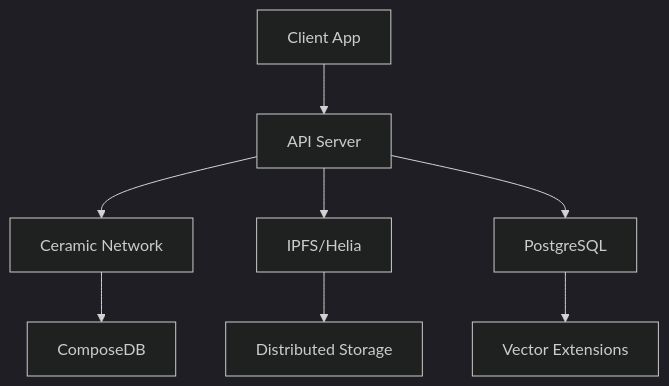
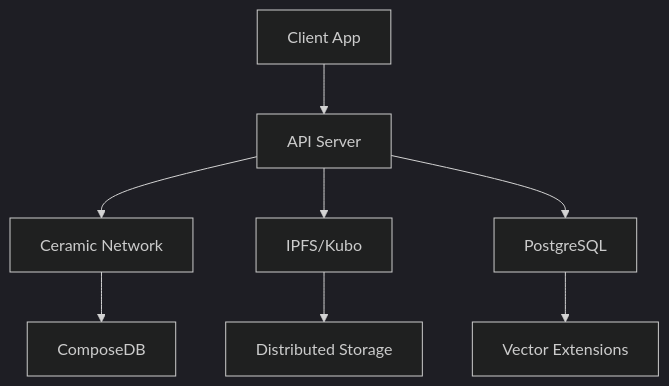
Before and after one commit to jhead12/orbisdb: the diagram in README.md, drawn with Mermaid (dark theme). The commit also changed other lines of this file and 1 other file, not shown here.

````diff
--- a/README.md
+++ b/README.md
@@ -270,10 +270,10 @@
 ```mermaid
 graph TB
     A[Client App] --> B[API Server]
     B --> C[Ceramic Network]
-    B --> D[IPFS/Helia]
+    B --> D[IPFS/Kubo]
     B --> E[PostgreSQL]
     C --> F[ComposeDB]
     D --> G[Distributed Storage]
     E --> H[Vector Extensions]
 ```
````
